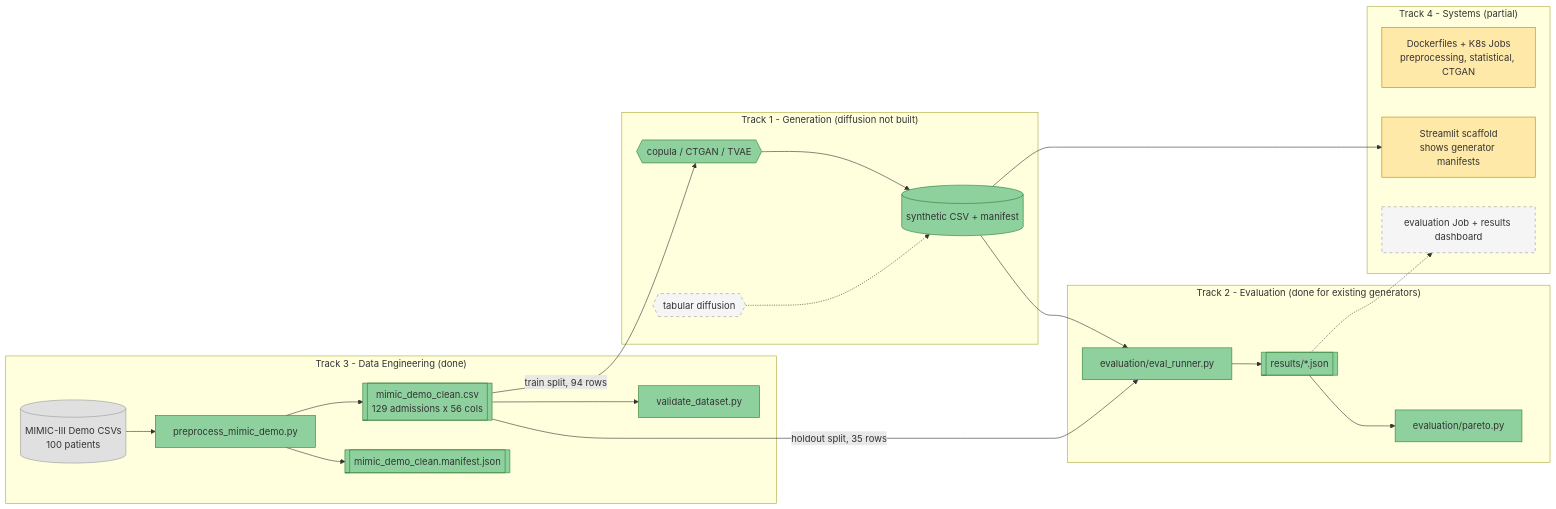
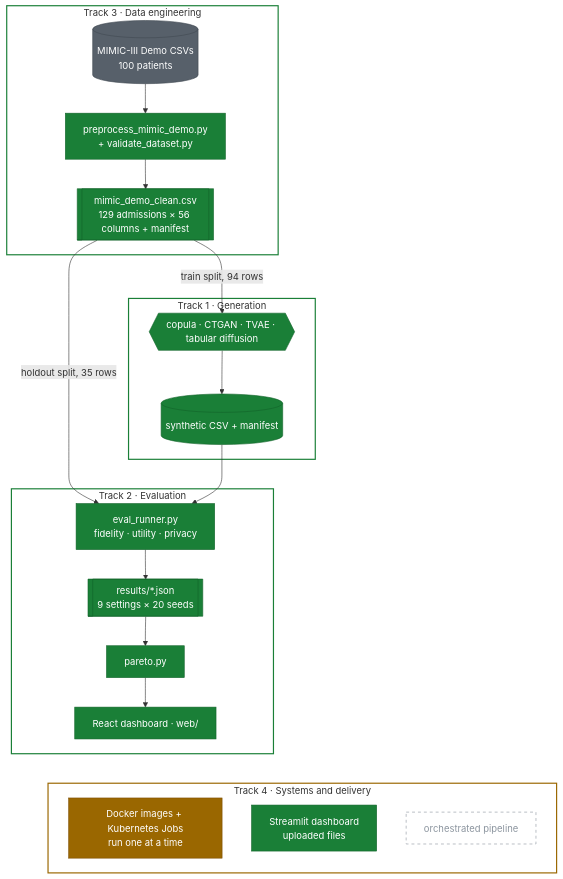
The diagram in README.md (Angshuman1211/Doppel), drawn with Mermaid before and after one commit. The commit also changed other lines of this file, not shown here.

Commit message:
redraw architecture diagram for dark mode

````diff
--- a/README.md
+++ b/README.md
@@ -23,46 +23,42 @@
 ```mermaid
-flowchart LR
-    subgraph T3["Track 3 - Data Engineering (done)"]
-        RAW[("MIMIC-III Demo CSVs<br/>100 patients")] --> PREP["preprocess_mimic_demo.py"]
-        PREP --> CLEAN[["mimic_demo_clean.csv<br/>129 admissions x 56 cols"]]
-        PREP --> MAN[["mimic_demo_clean.manifest.json"]]
-        CLEAN --> VAL["validate_dataset.py"]
+flowchart TB
+    subgraph T3["Track 3 · Data engineering"]
+        RAW[("MIMIC-III Demo CSVs<br/>100 patients")] --> PREP["preprocess_mimic_demo.py<br/>+ validate_dataset.py"]
+        PREP --> CLEAN[["mimic_demo_clean.csv<br/>129 admissions × 56 columns + manifest"]]
     end
 
-    subgraph T1["Track 1 - Generation (diffusion not built)"]
-        CLEAN -- "train split, 94 rows" --> GEN{{"copula / CTGAN / TVAE"}}
-        GEN --> SYN[("synthetic CSV + manifest")]
-        DIFF{{"tabular diffusion"}} -.-> SYN
+    subgraph T1["Track 1 · Generation"]
+        GEN{{"copula · CTGAN · TVAE · tabular diffusion"}} --> SYN[("synthetic CSV + manifest")]
     end
 
-    subgraph T2["Track 2 - Evaluation (done for existing generators)"]
-        SYN --> EVAL["evaluation/eval_runner.py"]
-        CLEAN -- "holdout split, 35 rows" --> EVAL
-        EVAL --> RES[["results/*.json"]]
-        RES --> PARETO["evaluation/pareto.py"]
+    subgraph T2["Track 2 · Evaluation"]
+        EVAL["eval_runner.py<br/>fidelity · utility · privacy"] --> RES[["results/*.json<br/>9 settings × 20 seeds"]]
+        RES --> PARETO["pareto.py"] --> WEB["React dashboard · web/"]
     end
 
-    subgraph T4["Track 4 - Systems (partial)"]
-        IMG["Dockerfiles + K8s Jobs<br/>preprocessing, statistical, CTGAN"]
-        DASH["Streamlit scaffold<br/>shows generator manifests"]
-        EJOB["evaluation Job + results dashboard"]
+    subgraph T4["Track 4 · Systems and delivery"]
+        IMG["Docker images + Kubernetes Jobs<br/>run one at a time"]
+        DASH["Streamlit dashboard<br/>uploaded files"]
+        ORCH["orchestrated pipeline"]
     end
 
-    SYN --> DASH
-    RES -.-> EJOB
+    CLEAN -- "train split, 94 rows" --> GEN
+    CLEAN -- "holdout split, 35 rows" --> EVAL
+    SYN --> EVAL
+    WEB ~~~ IMG
 
-    style RAW fill:#e0e0e0,stroke:#999
-    style CLEAN fill:#8fd19e,stroke:#2e7d32
-    style MAN fill:#8fd19e,stroke:#2e7d32
-    style VAL fill:#8fd19e,stroke:#2e7d32
-    style PREP fill:#8fd19e,stroke:#2e7d32
-    style GEN fill:#8fd19e,stroke:#2e7d32
-    style SYN fill:#8fd19e,stroke:#2e7d32
-    style DIFF fill:#f5f5f5,stroke:#999,stroke-dasharray: 5 5
-    style EVAL fill:#8fd19e,stroke:#2e7d32
-    style RES fill:#8fd19e,stroke:#2e7d32
-    style PARETO fill:#8fd19e,stroke:#2e7d32
-    style IMG fill:#ffe9a8,stroke:#b8860b
-    style DASH fill:#ffe9a8,stroke:#b8860b
-    style EJOB fill:#f5f5f5,stroke:#999,stroke-dasharray: 5 5
+    classDef done fill:#1a7f37,stroke:#116329,color:#ffffff,stroke-width:1px
+    classDef partial fill:#9a6700,stroke:#7d4e00,color:#ffffff,stroke-width:1px
+    classDef source fill:#57606a,stroke:#424a53,color:#ffffff,stroke-width:1px
+    classDef missing fill:transparent,stroke:#8c959f,color:#8c959f,stroke-width:1px,stroke-dasharray:5 5
+
+    class PREP,CLEAN,GEN,SYN,EVAL,RES,PARETO,WEB,DASH done
+    class IMG partial
+    class RAW source
+    class ORCH missing
+
+    style T3 fill:transparent,stroke:#1a7f37,stroke-width:2px
+    style T1 fill:transparent,stroke:#1a7f37,stroke-width:2px
+    style T2 fill:transparent,stroke:#1a7f37,stroke-width:2px
+    style T4 fill:transparent,stroke:#9a6700,stroke-width:2px
 ```
````
